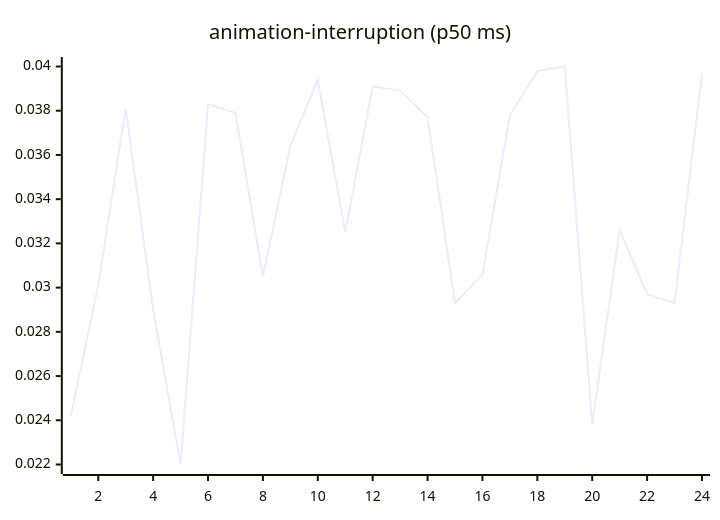
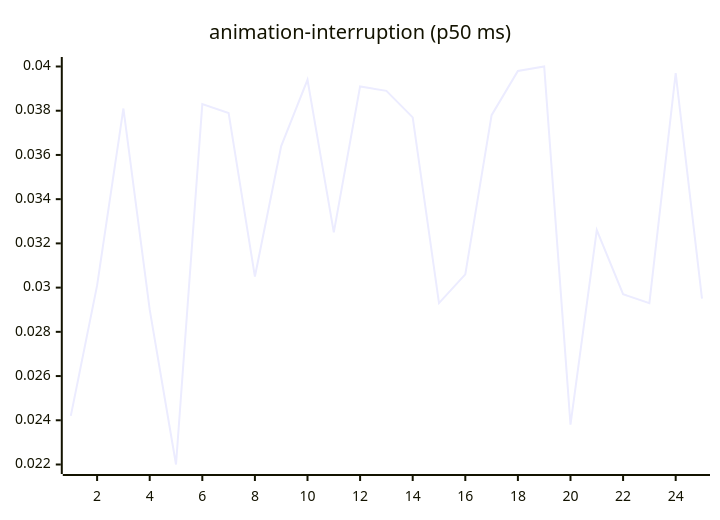
The third of 27 diagrams in README.md (josha/Facet), drawn with Mermaid before and after one commit. The commit also changed other lines of this file and 2 other files, not shown here.

````diff
--- a/README.md
+++ b/README.md
@@ -77,6 +77,6 @@
 ```mermaid
 xychart-beta
     title "animation-interruption (p50 ms)"
-    x-axis 1 --> 24
-    line [0.0242, 0.0301, 0.0381, 0.0290, 0.0220, 0.0383, 0.0379, 0.0305, 0.0364, 0.0394, 0.0325, 0.0391, 0.0389, 0.0377, 0.0293, 0.0306, 0.0378, 0.0398, 0.0400, 0.0238, 0.0326, 0.0297, 0.0293, 0.0397]
+    x-axis 1 --> 25
+    line [0.0242, 0.0301, 0.0381, 0.0290, 0.0220, 0.0383, 0.0379, 0.0305, 0.0364, 0.0394, 0.0325, 0.0391, 0.0389, 0.0377, 0.0293, 0.0306, 0.0378, 0.0398, 0.0400, 0.0238, 0.0326, 0.0297, 0.0293, 0.0397, 0.0295]
 ```
````
